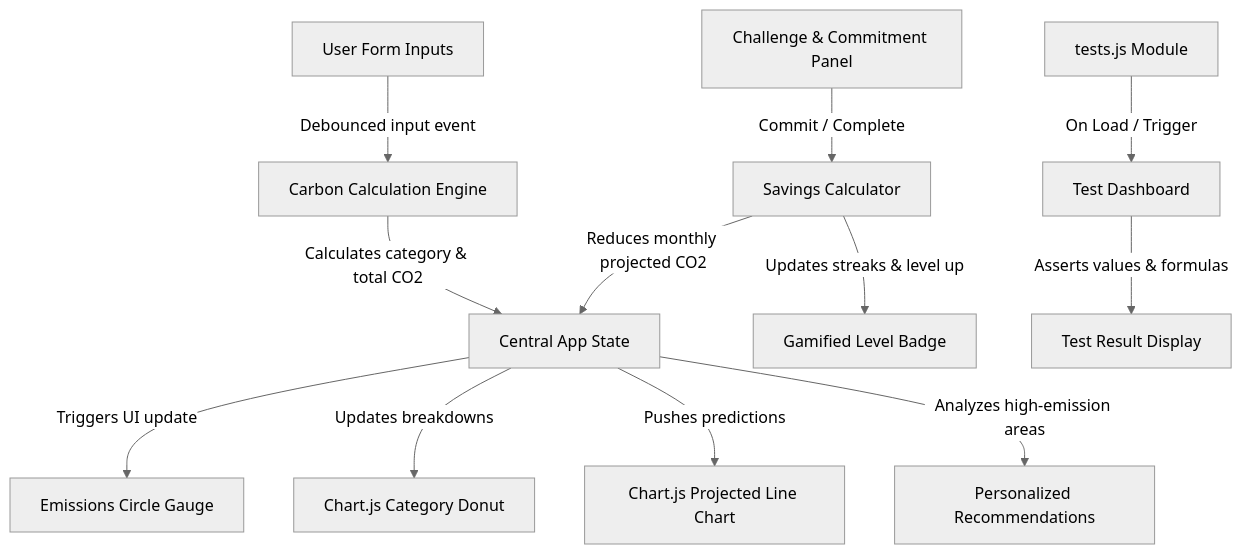
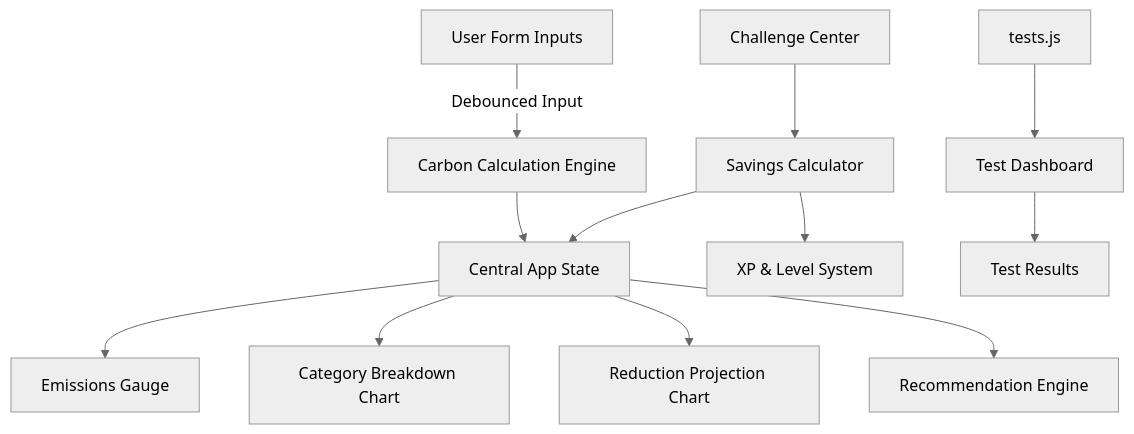
Before and after one commit to meetchhugani81/ecosphere: the diagram in README.md, drawn with Mermaid (neutral theme). The commit also changed other lines of this file, not shown here.

````diff
--- a/README.md
+++ b/README.md
@@ -93,16 +124,19 @@
 ```mermaid
 graph TD
-    UserInputs[User Form Inputs] -->|Debounced input event| CalcEngine[Carbon Calculation Engine]
-    CalcEngine -->|Calculates category & total CO2| AppState[Central App State]
-    AppState -->|Triggers UI update| CircularGauge[Emissions Circle Gauge]
-    AppState -->|Updates breakdowns| ChartPie[Chart.js Category Donut]
-    AppState -->|Pushes predictions| ChartLine[Chart.js Projected Line Chart]
-    AppState -->|Analyzes high-emission areas| InsightEngine[Personalized Recommendations]
+    UserInputs[User Form Inputs] -->|Debounced Input| CalcEngine[Carbon Calculation Engine]
 
-    EcoChallenges[Challenge & Commitment Panel] -->|Commit / Complete| ReductionEngine[Savings Calculator]
-    ReductionEngine -->|Reduces monthly projected CO2| AppState
-    ReductionEngine -->|Updates streaks & level up| LevelGauge[Gamified Level Badge]
+    CalcEngine --> AppState[Central App State]
 
-    BuiltInTests[tests.js Module] -->|On Load / Trigger| TestRunner[Test Dashboard]
-    TestRunner -->|Asserts values & formulas| UIFeedback[Test Result Display]
+    AppState --> CircularGauge[Emissions Gauge]
+    AppState --> ChartPie[Category Breakdown Chart]
+    AppState --> ChartLine[Reduction Projection Chart]
+    AppState --> InsightEngine[Recommendation Engine]
+
+    EcoChallenges[Challenge Center] --> ReductionEngine[Savings Calculator]
+
+    ReductionEngine --> AppState
+    ReductionEngine --> LevelGauge[XP & Level System]
+
+    BuiltInTests[tests.js] --> TestRunner[Test Dashboard]
+    TestRunner --> UIFeedback[Test Results]
 ```
````
